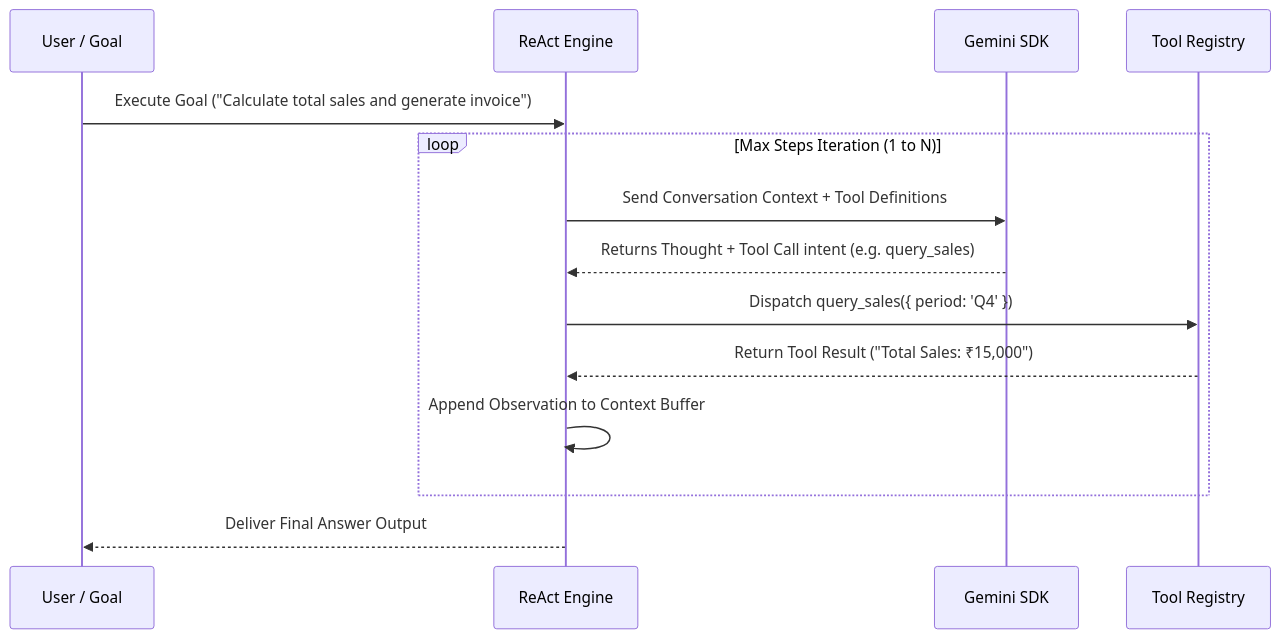
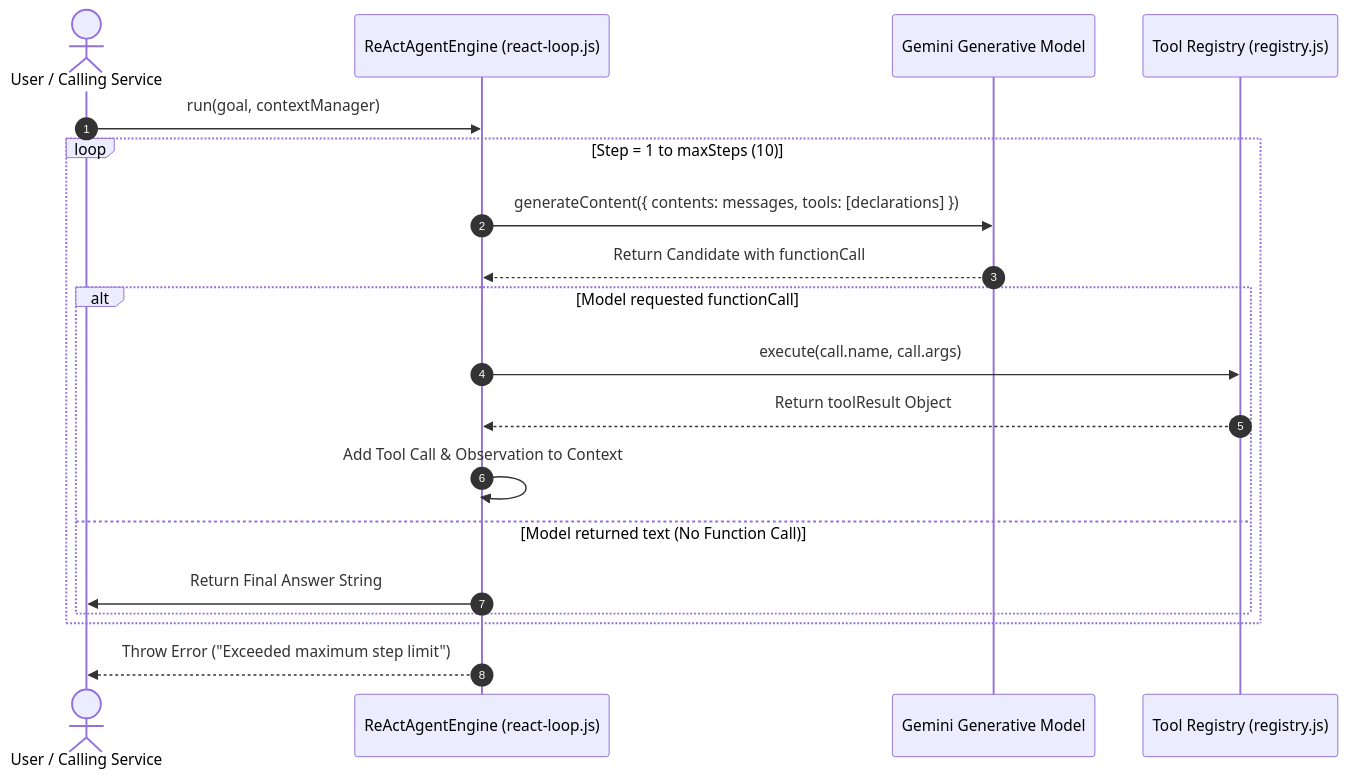
The third of 3 diagrams in agentic-ai-notes/04-jugaad-agent/01-react-execution-loop.md (Amie-dev/engineering-playbook), drawn with Mermaid before and after one commit. The commit also changed other lines of this file and 13 other files, not shown here.

````diff
--- a/agentic-ai-notes/04-jugaad-agent/01-react-execution-loop.md
+++ b/agentic-ai-notes/04-jugaad-agent/01-react-execution-loop.md
@@ -10,19 +69,25 @@
 ```mermaid
 sequenceDiagram
-    participant User as User / Goal
-    participant Agent as ReAct Engine
-    participant LLM as Gemini SDK
-    participant Tool as Tool Registry
+    autonumber
+    actor Client as User / Calling Service
+    participant Engine as ReActAgentEngine (react-loop.js)
+    participant LLM as Gemini Generative Model
+    participant Reg as Tool Registry (registry.js)
 
-    User->>Agent: Execute Goal ("Calculate total sales and generate invoice")
+    Client->>Engine: run(goal, contextManager)
     
-    loop Max Steps Iteration (1 to N)
-        Agent->>LLM: Send Conversation Context + Tool Definitions
-        LLM-->>Agent: Returns Thought + Tool Call intent (e.g. query_sales)
-        Agent->>Tool: Dispatch query_sales({ period: 'Q4' })
-        Tool-->>Agent: Return Tool Result ("Total Sales: ₹15,000")
-        Agent->>Agent: Append Observation to Context Buffer
+    loop Step = 1 to maxSteps (10)
+        Engine->>LLM: generateContent({ contents: messages, tools: [declarations] })
+        LLM-->>Engine: Return Candidate with functionCall
+        
+        alt Model requested functionCall
+            Engine->>Reg: execute(call.name, call.args)
+            Reg-->>Engine: Return toolResult Object
+            Engine->>Engine: Add Tool Call & Observation to Context
+        else Model returned text (No Function Call)
+            Engine->>Client: Return Final Answer String
+        end
     end
 
-    Agent-->>User: Deliver Final Answer Output
+    Engine-->>Client: Throw Error ("Exceeded maximum step limit")
 ```
````
